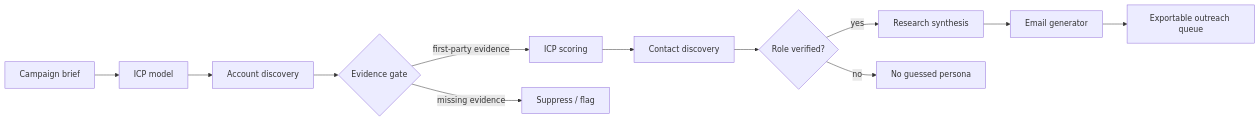
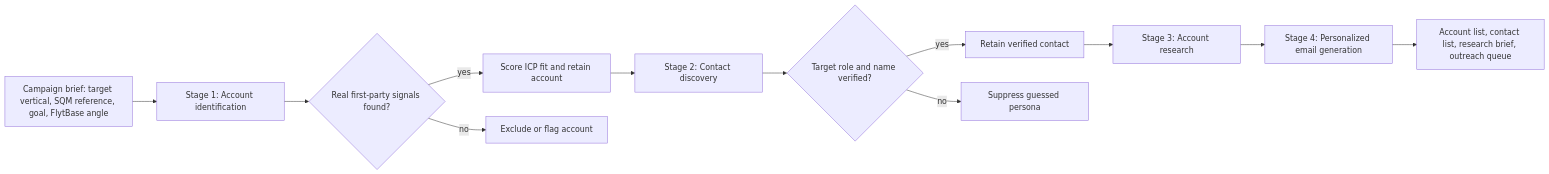
One commit to dishu305/prospect-engine changed the diagram in THOUGHT_PROCESS.md. Above: the diagram before and after it, drawn with Mermaid. The commit also changed other lines of this file and 1 other file, not shown here.

Commit message:
Align workflow with hackathon stages

````diff
--- a/THOUGHT_PROCESS.md
+++ b/THOUGHT_PROCESS.md
@@ -3,14 +3,14 @@
 ```mermaid
 flowchart LR
-  A[Campaign brief] --> B[ICP model]
-  B --> C[Account discovery]
-  C --> D{Evidence gate}
-  D -->|first-party evidence| E[ICP scoring]
-  D -->|missing evidence| X[Suppress / flag]
-  E --> F[Contact discovery]
-  F --> G{Role verified?}
-  G -->|yes| H[Research synthesis]
-  G -->|no| I[No guessed persona]
-  H --> J[Email generator]
-  J --> K[Exportable outreach queue]
+  A[Campaign brief: target vertical, SQM reference, goal, FlytBase angle] --> B[Stage 1: Account identification]
+  B --> C{Real first-party signals found?}
+  C -->|yes| D[Score ICP fit and retain account]
+  C -->|no| X[Exclude or flag account]
+  D --> E[Stage 2: Contact discovery]
+  E --> F{Target role and name verified?}
+  F -->|yes| G[Retain verified contact]
+  F -->|no| Y[Suppress guessed persona]
+  G --> H[Stage 3: Account research]
+  H --> I[Stage 4: Personalized email generation]
+  I --> J[Account list, contact list, research brief, outreach queue]
 ```
````
